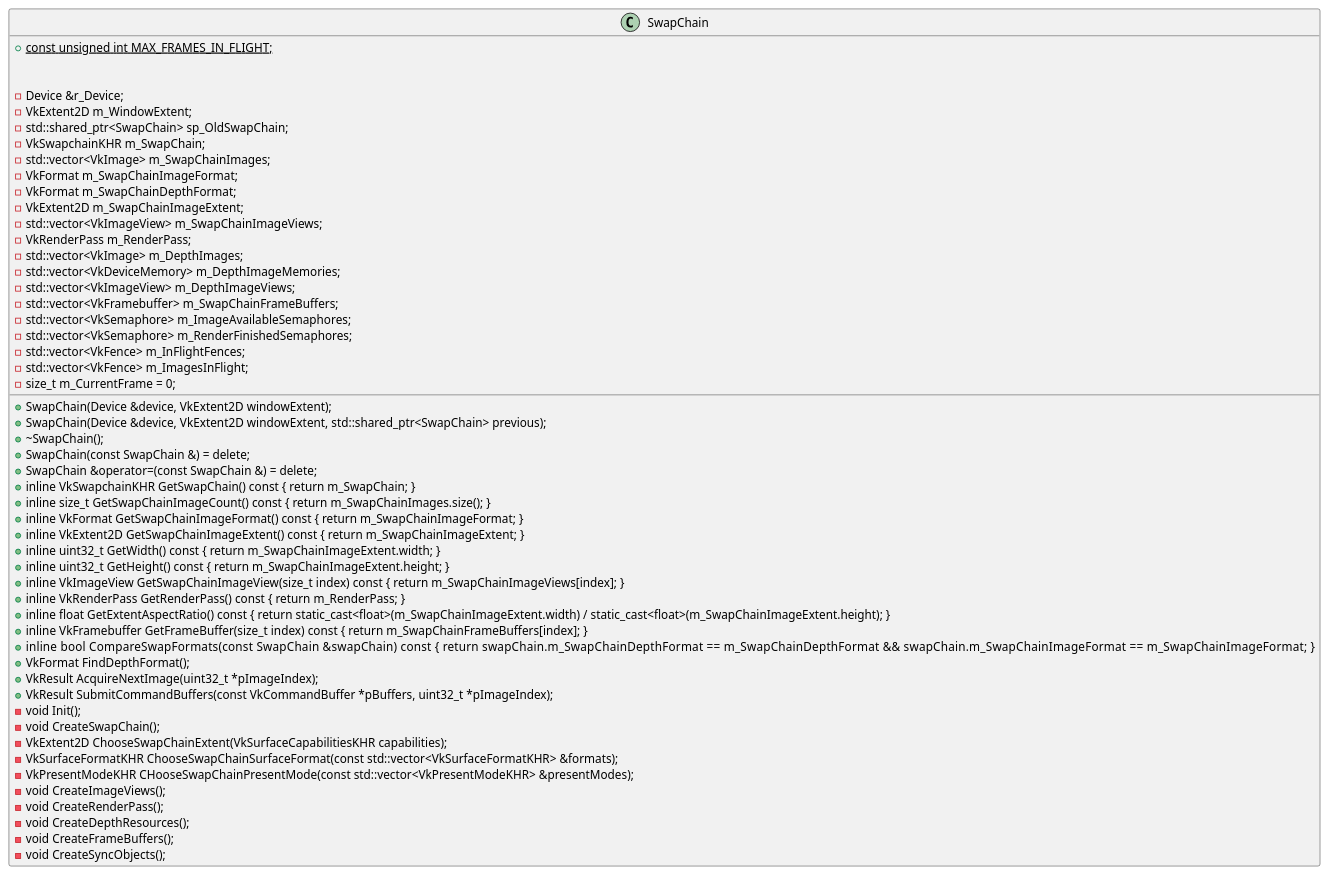
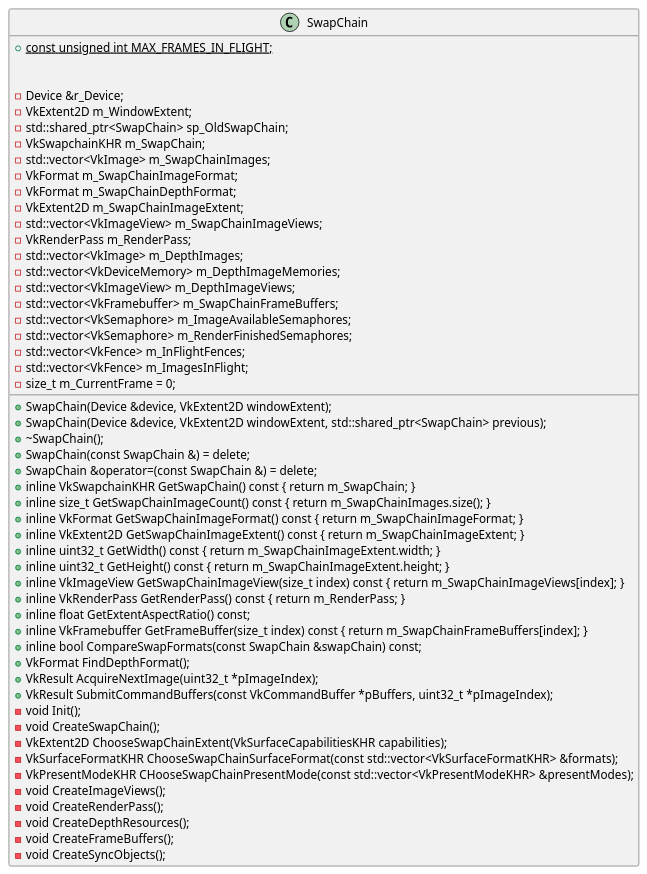
One commit to BravoMando/BasicVulkanWarperUML changed the diagram in src/swapchain.pu. Above: the diagram before and after it, drawn with PlantUML. The commit also changed 28 other files, not shown here.

```diff
--- a/src/swapchain.pu
+++ b/src/swapchain.pu
@@ -1,59 +1,56 @@
 @startuml
 class SwapChain
 {
     + SwapChain(Device &device, VkExtent2D windowExtent);
     + SwapChain(Device &device, VkExtent2D windowExtent, std::shared_ptr<SwapChain> previous);
     + \~SwapChain();
     + SwapChain(const SwapChain &) = delete;
     + SwapChain &operator=(const SwapChain &) = delete;
     + inline VkSwapchainKHR GetSwapChain() const { return m_SwapChain; }
     + inline size_t GetSwapChainImageCount() const { return m_SwapChainImages.size(); }
     + inline VkFormat GetSwapChainImageFormat() const { return m_SwapChainImageFormat; }
     + inline VkExtent2D GetSwapChainImageExtent() const { return m_SwapChainImageExtent; }
     + inline uint32_t GetWidth() const { return m_SwapChainImageExtent.width; }
     + inline uint32_t GetHeight() const { return m_SwapChainImageExtent.height; }
     + inline VkImageView GetSwapChainImageView(size_t index) const { return m_SwapChainImageViews[index]; }
     + inline VkRenderPass GetRenderPass() const { return m_RenderPass; }
-    + inline float GetExtentAspectRatio() const { return static_cast<float>(m_SwapChainImageExtent.width) / static_cast<float>(m_SwapChainImageExtent.height); }
+    + inline float GetExtentAspectRatio() const;
     + inline VkFramebuffer GetFrameBuffer(size_t index) const { return m_SwapChainFrameBuffers[index]; }
-    + inline bool CompareSwapFormats(const SwapChain &swapChain) const\
-    {\
-        return swapChain.m_SwapChainDepthFormat == m_SwapChainDepthFormat && swapChain.m_SwapChainImageFormat == m_SwapChainImageFormat;\
-    }
+    + inline bool CompareSwapFormats(const SwapChain &swapChain) const;
     + VkFormat FindDepthFormat();
     + VkResult AcquireNextImage(uint32_t *pImageIndex);
     + VkResult SubmitCommandBuffers(const VkCommandBuffer *pBuffers, uint32_t *pImageIndex);
     + {static} const unsigned int MAX_FRAMES_IN_FLIGHT;
 
     - void Init();
     - void CreateSwapChain();
     - VkExtent2D ChooseSwapChainExtent(VkSurfaceCapabilitiesKHR capabilities);
     - VkSurfaceFormatKHR ChooseSwapChainSurfaceFormat(const std::vector<VkSurfaceFormatKHR> &formats);
     - VkPresentModeKHR CHooseSwapChainPresentMode(const std::vector<VkPresentModeKHR> &presentModes);
     - void CreateImageViews();
     - void CreateRenderPass();
     - void CreateDepthResources();
     - void CreateFrameBuffers();
     - void CreateSyncObjects();
 
     - Device &r_Device;
     - VkExtent2D m_WindowExtent;
     - std::shared_ptr<SwapChain> sp_OldSwapChain;
     - VkSwapchainKHR m_SwapChain;
     - std::vector<VkImage> m_SwapChainImages;
     - VkFormat m_SwapChainImageFormat;
     - VkFormat m_SwapChainDepthFormat;
     - VkExtent2D m_SwapChainImageExtent;
     - std::vector<VkImageView> m_SwapChainImageViews;
     - VkRenderPass m_RenderPass;
     - std::vector<VkImage> m_DepthImages;
     - std::vector<VkDeviceMemory> m_DepthImageMemories;
     - std::vector<VkImageView> m_DepthImageViews;
     - std::vector<VkFramebuffer> m_SwapChainFrameBuffers;
     - std::vector<VkSemaphore> m_ImageAvailableSemaphores;
     - std::vector<VkSemaphore> m_RenderFinishedSemaphores;
     - std::vector<VkFence> m_InFlightFences;
     - std::vector<VkFence> m_ImagesInFlight;
     - size_t m_CurrentFrame = 0;
 }
 @enduml
```
